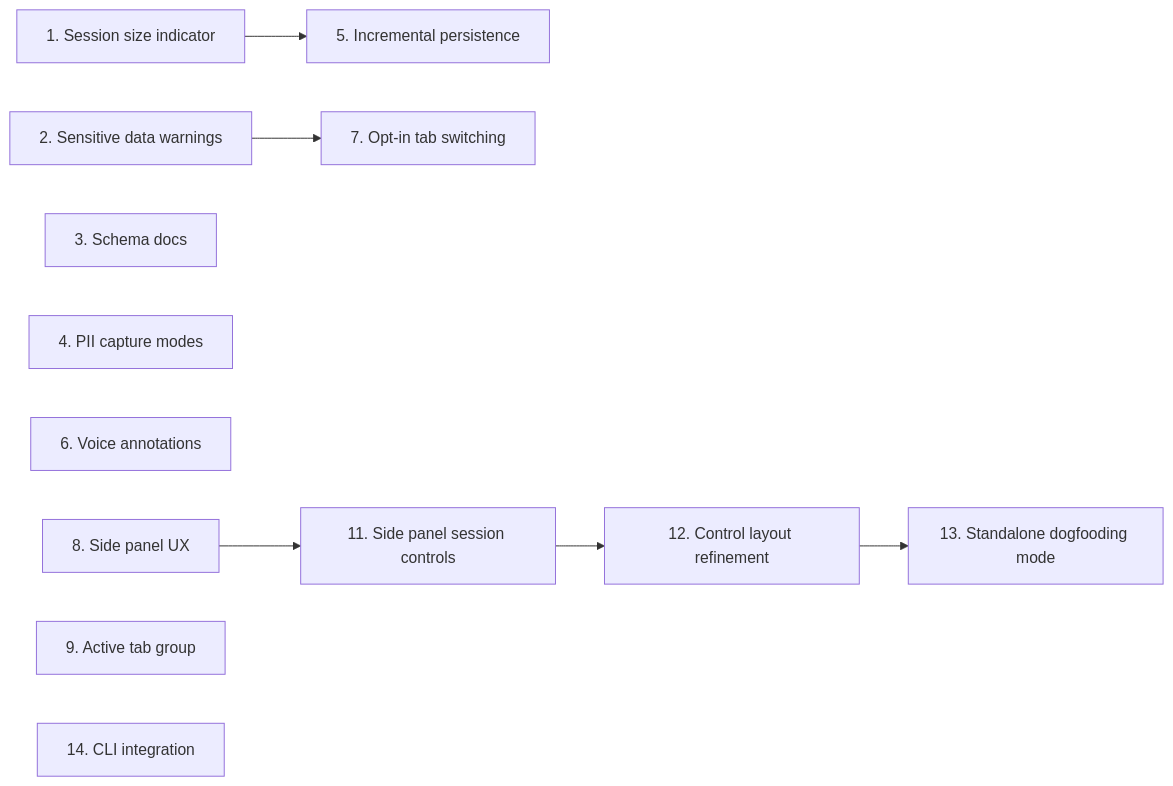
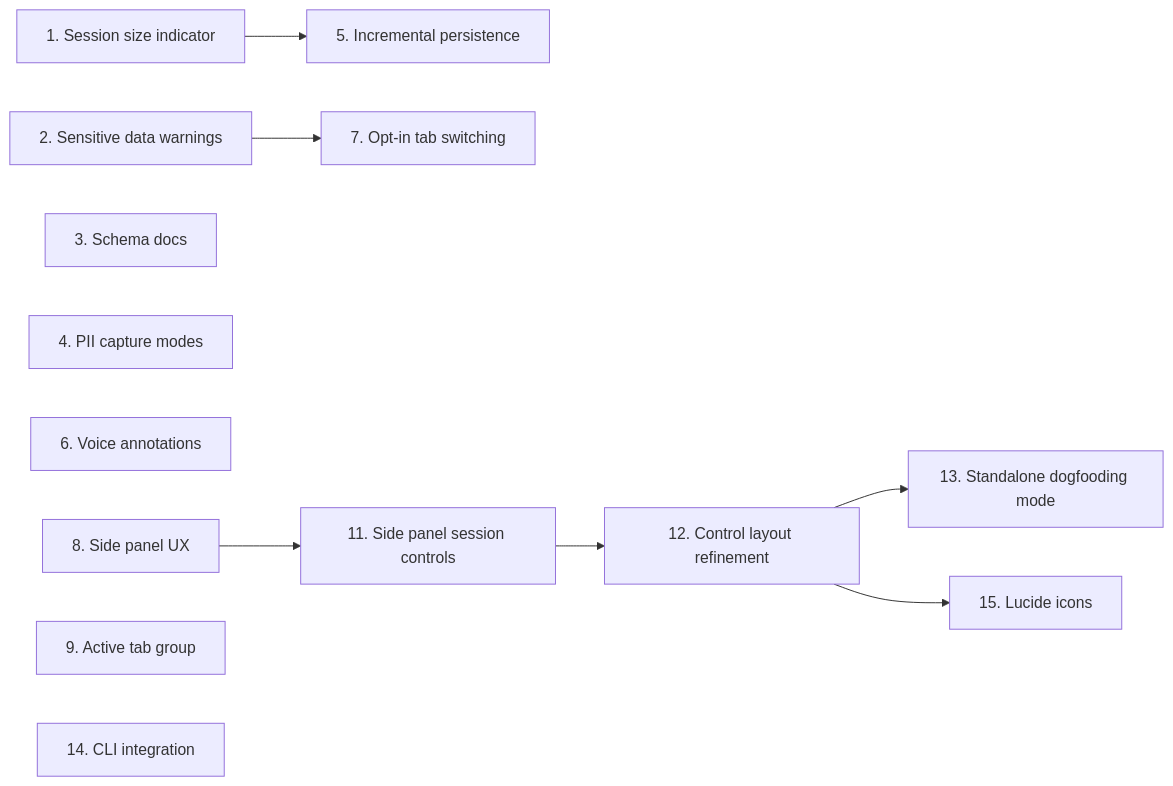
The diagram in docs/roadmap.md (thehogfather/deskcheck), drawn with Mermaid before and after one commit. The commit also changed other lines of this file, not shown here.

Commit message:
docs: add roadmap feature #15 — lucide icons across the UI

````diff
--- a/docs/roadmap.md
+++ b/docs/roadmap.md
@@ -322,13 +345,14 @@
 ```mermaid
 graph LR
     1[1. Session size indicator] --> 5[5. Incremental persistence]
     2[2. Sensitive data warnings] --> 7[7. Opt-in tab switching]
     3[3. Schema docs]
     4[4. PII capture modes]
     6[6. Voice annotations]
     8[8. Side panel UX] --> 11[11. Side panel session controls]
     11 --> 12[12. Control layout refinement]
     12 --> 13[13. Standalone dogfooding mode]
+    12 --> 15[15. Lucide icons]
     9[9. Active tab group]
     14[14. CLI integration]
 ```
````
